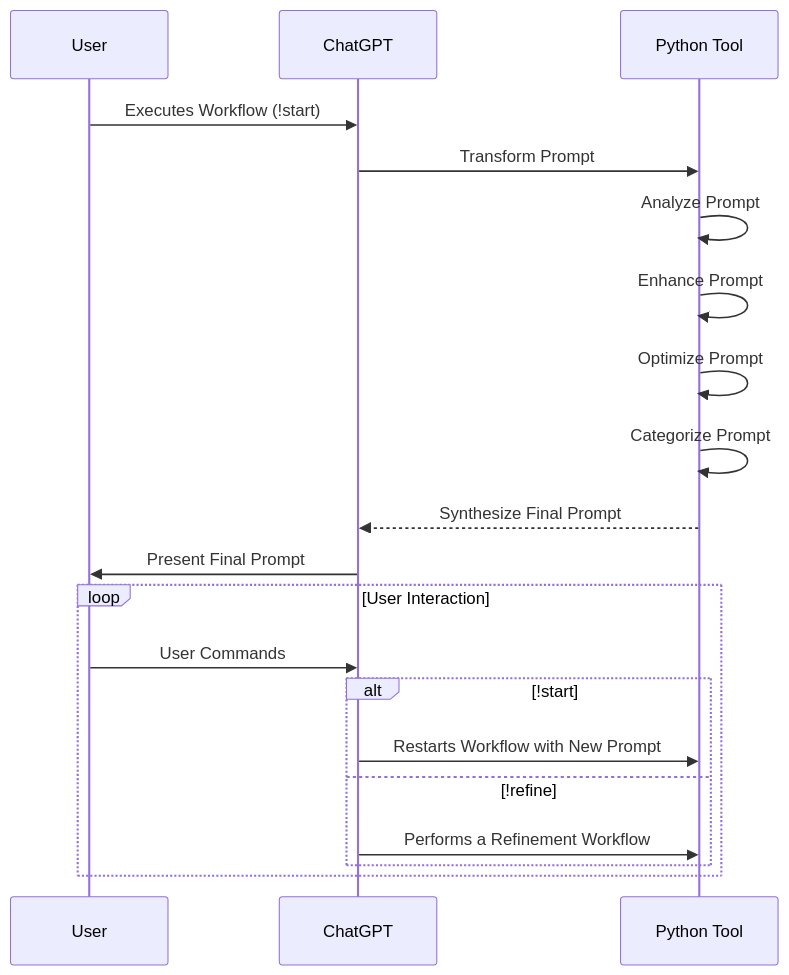
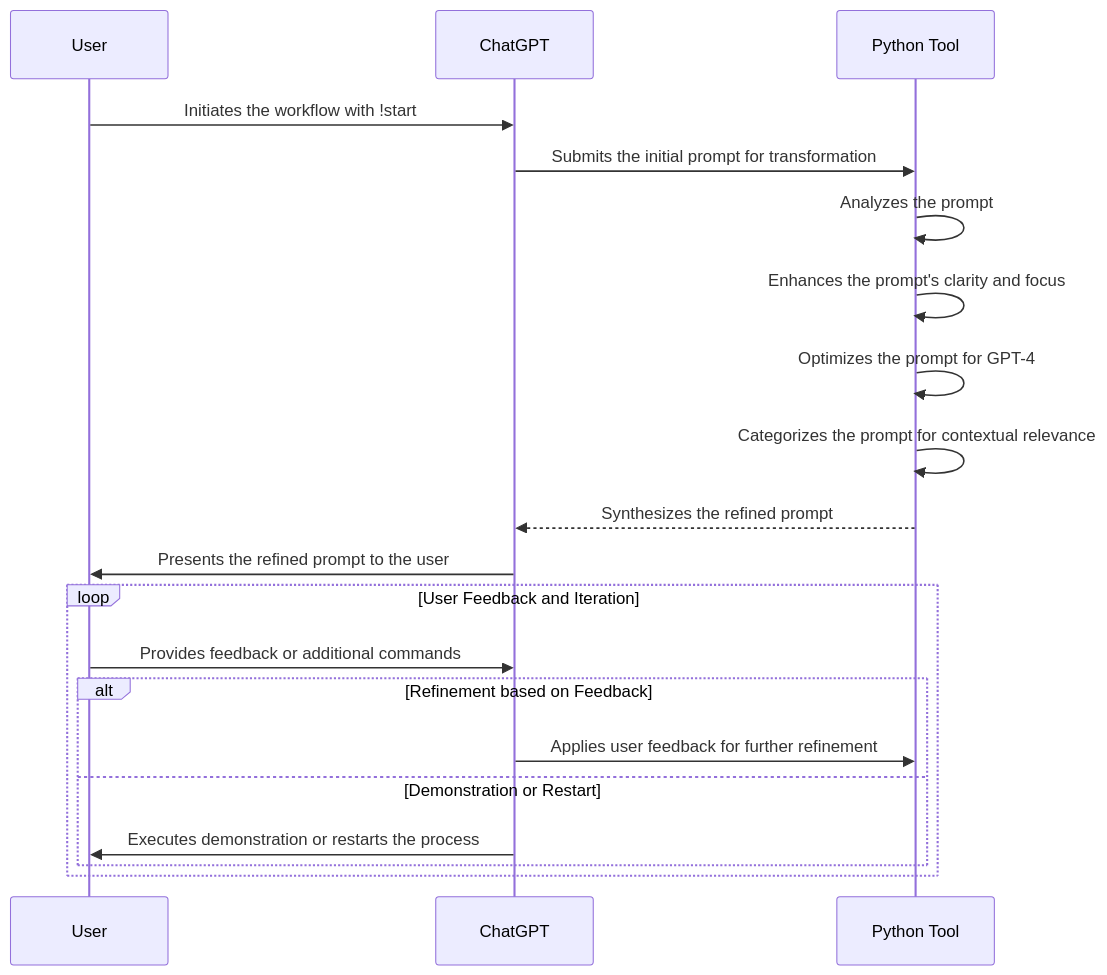
The sixth of 10 diagrams in README.md (nerority/Advanced-GPTs), drawn with Mermaid before and after one commit. The commit also changed other lines of this file, not shown here.

````diff
--- a/README.md
+++ b/README.md
@@ -379,23 +383,24 @@
 ```mermaid
 sequenceDiagram
     participant User
     participant ChatGPT
     participant PythonTool as Python Tool
 
-    User->>ChatGPT: Executes Workflow (!start)
-    ChatGPT->>PythonTool: Transform Prompt
-    PythonTool->>PythonTool: Analyze Prompt
-    PythonTool->>PythonTool: Enhance Prompt
-    PythonTool->>PythonTool: Optimize Prompt
-    PythonTool->>PythonTool: Categorize Prompt
-    PythonTool-->>ChatGPT: Synthesize Final Prompt
-    ChatGPT->>User: Present Final Prompt
-    loop User Interaction
-        User->>ChatGPT: User Commands
-        alt !start
-            ChatGPT->>PythonTool: Restarts Workflow with New Prompt
-        else !refine
-            ChatGPT->>PythonTool: Performs a Refinement Workflow
+    User->>ChatGPT: Initiates the workflow with !start
+    ChatGPT->>PythonTool: Submits the initial prompt for transformation
+    PythonTool->>PythonTool: Analyzes the prompt
+    PythonTool->>PythonTool: Enhances the prompt's clarity and focus
+    PythonTool->>PythonTool: Optimizes the prompt for GPT-4
+    PythonTool->>PythonTool: Categorizes the prompt for contextual relevance
+    PythonTool-->>ChatGPT: Synthesizes the refined prompt
+    ChatGPT->>User: Presents the refined prompt to the user
+    loop User Feedback and Iteration
+        User->>ChatGPT: Provides feedback or additional commands
+        alt Refinement based on Feedback
+            ChatGPT->>PythonTool: Applies user feedback for further refinement
+        else Demonstration or Restart
+            ChatGPT->>User: Executes demonstration or restarts the process
         end
     end
+
 ```
````
